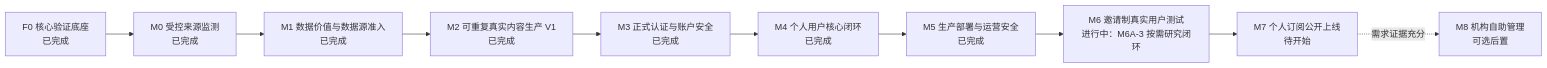
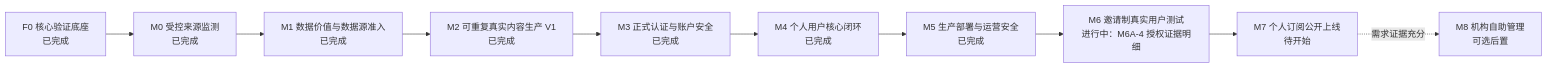
Before and after one commit to daiphoon/dealflow-radar: the diagram in docs/10-implementation-plan.md, drawn with Mermaid. The commit also changed other lines of this file and 21 other files, not shown here.

````diff
--- a/docs/10-implementation-plan.md
+++ b/docs/10-implementation-plan.md
@@ -23,12 +23,12 @@
 ```mermaid
 flowchart LR
     F0["F0 核心验证底座<br/>已完成"] --> M0["M0 受控来源监测<br/>已完成"]
     M0 --> M1["M1 数据价值与数据源准入<br/>已完成"]
     M1 --> M2["M2 可重复真实内容生产 V1<br/>已完成"]
     M2 --> M3["M3 正式认证与账户安全<br/>已完成"]
     M3 --> M4["M4 个人用户核心闭环<br/>已完成"]
     M4 --> M5["M5 生产部署与运营安全<br/>已完成"]
-    M5 --> M6["M6 邀请制真实用户测试<br/>进行中：M6A-3 按需研究闭环"]
+    M5 --> M6["M6 邀请制真实用户测试<br/>进行中：M6A-4 授权证据明细"]
     M6 --> M7["M7 个人订阅公开上线<br/>待开始"]
     M7 -."需求证据充分".-> M8["M8 机构自助管理<br/>可选后置"]
 ```
````
